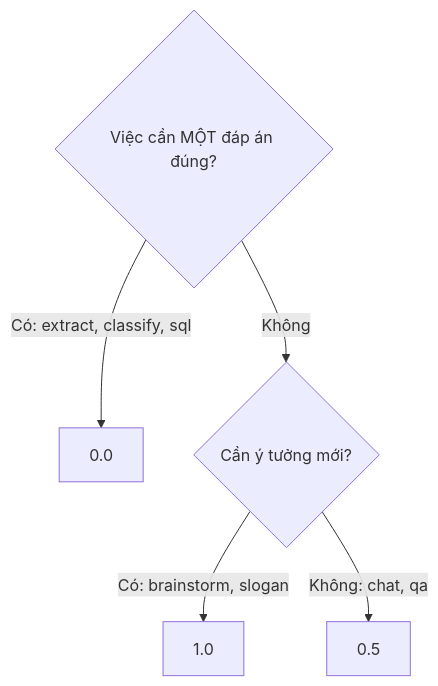
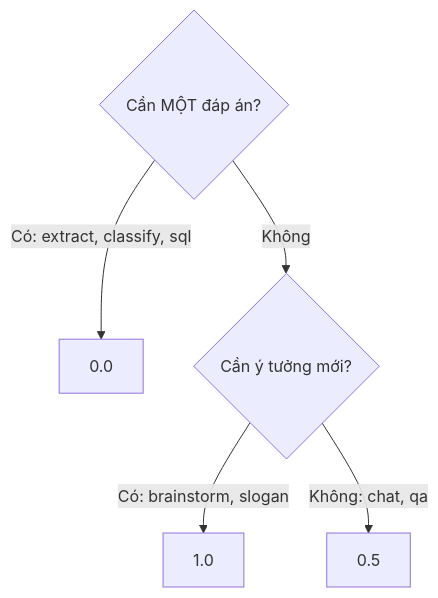
One commit to ht-nah98/ai-academy changed the third of 3 diagrams in academy/curriculum/L04-temperature-system-prompt/lesson.md. Above: the diagram before and after it, drawn with Mermaid. The commit also changed other lines of this file and 54 other files, not shown here.

````diff
--- a/academy/curriculum/L04-temperature-system-prompt/lesson.md
+++ b/academy/curriculum/L04-temperature-system-prompt/lesson.md
@@ -241,7 +241,7 @@
 ```mermaid
 flowchart TD
-    Q{"Việc cần MỘT đáp án đúng?"} -- "Có: extract, classify, sql" --> Z["0.0"]
+    Q{"Cần MỘT đáp án?"} -- "Có: extract, classify, sql" --> Z["0.0"]
     Q -- "Không" --> C{"Cần ý tưởng mới?"}
     C -- "Có: brainstorm, slogan" --> H["1.0"]
     C -- "Không: chat, qa" --> M["0.5"]
 ```
````
